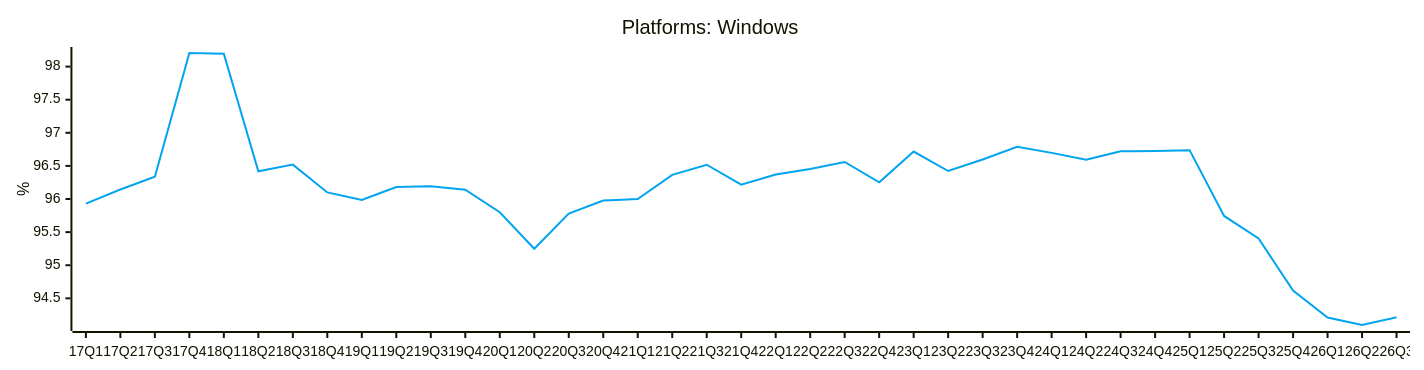
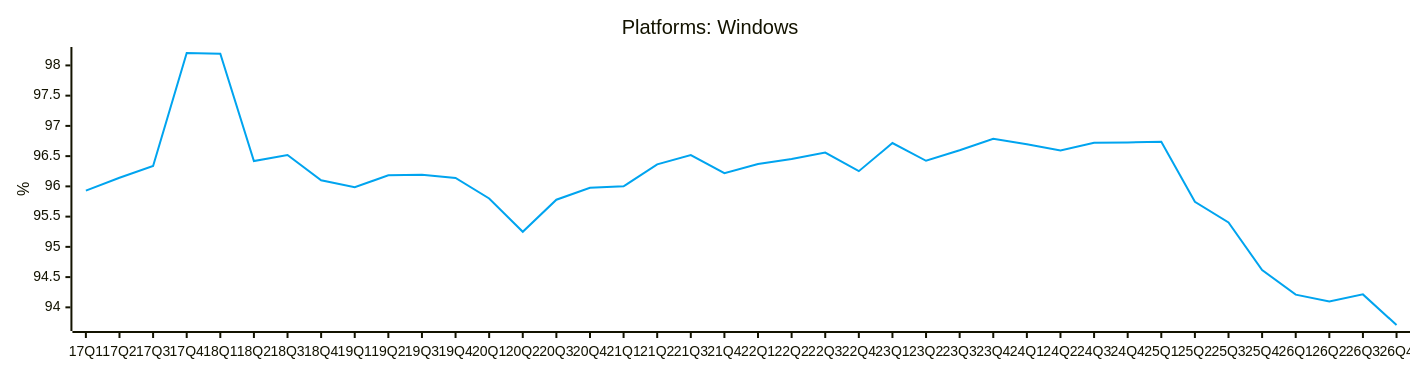
One commit to jdegene/steamHWsurvey changed diagram 13 of 31 in README.md. Above: the diagram before and after it, drawn with Mermaid. The commit also changed other lines of this file and 2 other files, not shown here.

````diff
--- a/README.md
+++ b/README.md
@@ -455,19 +455,19 @@
 ```mermaid
 ---
 config:
     xyChart:
         width: 1400
         height: 350
         
     themeVariables:
         xyChart:
             plotColorPalette: "#00A4EF"
 
 --- 
 
 xychart-beta
     title "Platforms: Windows"
-    x-axis [17Q1, 17Q2, 17Q3, 17Q4, 18Q1, 18Q2, 18Q3, 18Q4, 19Q1, 19Q2, 19Q3, 19Q4, 20Q1, 20Q2, 20Q3, 20Q4, 21Q1, 21Q2, 21Q3, 21Q4, 22Q1, 22Q2, 22Q3, 22Q4, 23Q1, 23Q2, 23Q3, 23Q4, 24Q1, 24Q2, 24Q3, 24Q4, 25Q1, 25Q2, 25Q3, 25Q4, 26Q1, 26Q2, 26Q3]
+    x-axis [17Q1, 17Q2, 17Q3, 17Q4, 18Q1, 18Q2, 18Q3, 18Q4, 19Q1, 19Q2, 19Q3, 19Q4, 20Q1, 20Q2, 20Q3, 20Q4, 21Q1, 21Q2, 21Q3, 21Q4, 22Q1, 22Q2, 22Q3, 22Q4, 23Q1, 23Q2, 23Q3, 23Q4, 24Q1, 24Q2, 24Q3, 24Q4, 25Q1, 25Q2, 25Q3, 25Q4, 26Q1, 26Q2, 26Q3, 26Q4]
     y-axis "%" 
-    line [95.93077157802868, 96.14358153189218, 96.335797352114, 98.2051556994227, 98.19224868254285, 96.41927606149703, 96.5195047886008, 96.09970461570235, 95.98653029864667, 96.18231901638656, 96.19248504877248, 96.13973260690635, 95.79966074962071, 95.24887243795703, 95.77968082937306, 95.97729984600053, 96.00093389366951, 96.36449601365037, 96.51791074644787, 96.2178647614611, 96.36945418071323, 96.45358462278665, 96.559659973536, 96.25178127450455, 96.71672771330697, 96.42300386215726, 96.5964455674196, 96.78761180751577, 96.69704930026714, 96.59410712782618, 96.7203836591232, 96.72614773948945, 96.73812324746858, 95.74425762677885, 95.4048291732717, 94.6175011608779, 94.21011700277774, 94.09736760554284, 94.21426648148552]
+    line [95.93077157802868, 96.14358153189218, 96.335797352114, 98.2051556994227, 98.19224868254285, 96.41927606149704, 96.5195047886008, 96.09970461570235, 95.98653029864667, 96.18231901638656, 96.19248504877248, 96.13973260690635, 95.79966074962071, 95.24887243795703, 95.77968082937306, 95.97729984600053, 96.00093389366951, 96.3644960136504, 96.51791074644787, 96.2178647614611, 96.36945418071325, 96.45358462278666, 96.559659973536, 96.25178127450455, 96.71672771330697, 96.42300386215724, 96.5964455674196, 96.78761180751577, 96.69704930026714, 96.59410712782618, 96.7203836591232, 96.72614773948945, 96.73812324746858, 95.74425762677885, 95.4048291732717, 94.61750116087791, 94.21011700277774, 94.09736760554283, 94.21426648148552, 93.70811243373012]
 ``` 
````
